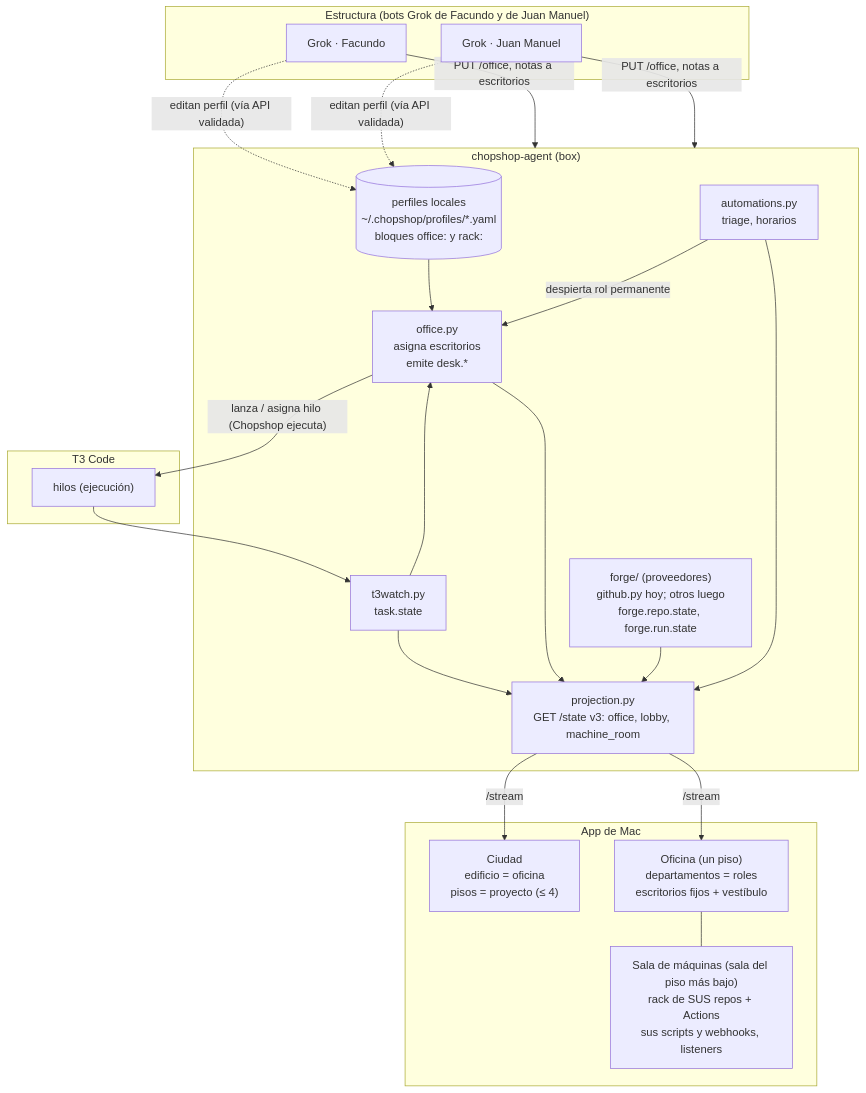
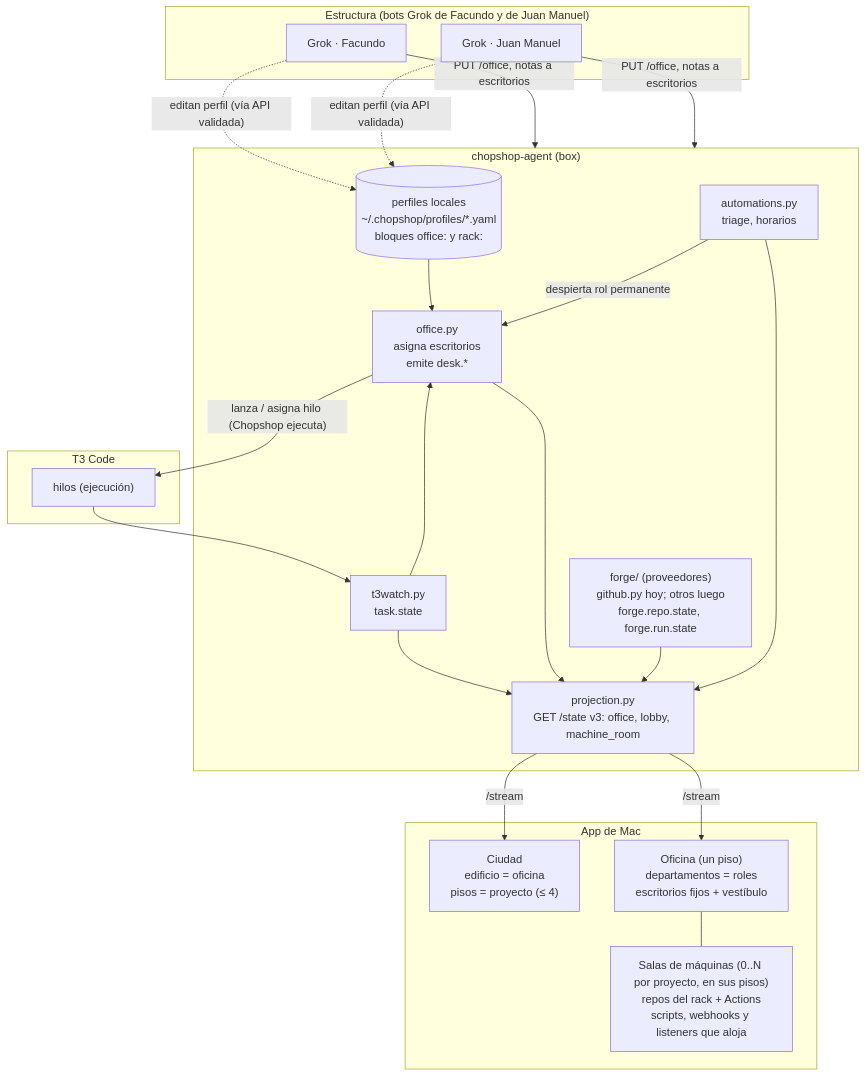
The diagram in docs/plans/office-redesign.md (Facundo-Barbera/chopshop), drawn with Mermaid before and after one commit. The commit also changed other lines of this file and 36 other files, not shown here.

````diff
--- a/docs/plans/office-redesign.md
+++ b/docs/plans/office-redesign.md
@@ -20,32 +20,32 @@
 ```mermaid
 flowchart TB
   subgraph BOTS["Estructura (bots Grok de Facundo y de Juan Manuel)"]
     G1["Grok · Facundo"]
     G2["Grok · Juan Manuel"]
   end
   subgraph AGENT["chopshop-agent (box)"]
     PROF[("perfiles locales<br/>~/.chopshop/profiles/*.yaml<br/>bloques office: y rack:")]
     OFF["office.py<br/>asigna escritorios<br/>emite desk.*"]
     T3W["t3watch.py<br/>task.state"]
     FORGE["forge/ (proveedores)<br/>github.py hoy; otros luego<br/>forge.repo.state, forge.run.state"]
     AUTO["automations.py<br/>triage, horarios"]
     PROJ["projection.py<br/>GET /state v3: office, lobby, machine_room"]
   end
   subgraph T3["T3 Code"]
     TH["hilos (ejecución)"]
   end
   subgraph MAC["App de Mac"]
     CITY["Ciudad<br/>edificio = oficina<br/>pisos = proyecto (≤ 4)"]
     OFFICE["Oficina (un piso)<br/>departamentos = roles<br/>escritorios fijos + vestíbulo"]
-    MR["Sala de máquinas (sala del piso más bajo)<br/>rack de SUS repos + Actions<br/>sus scripts y webhooks, listeners"]
+    MR["Salas de máquinas (0..N por proyecto, en sus pisos)<br/>repos del rack + Actions<br/>scripts, webhooks y listeners que aloja"]
     OFFICE --- MR
   end
   G1 & G2 -- "PUT /office, notas a escritorios" --> AGENT
   G1 & G2 -. "editan perfil (vía API validada)" .-> PROF
   PROF --> OFF
   AUTO -- "despierta rol permanente" --> OFF
   OFF -- "lanza / asigna hilo (Chopshop ejecuta)" --> TH
   TH --> T3W --> OFF
   T3W & OFF & FORGE & AUTO --> PROJ
   PROJ -- "/stream" --> CITY & OFFICE
 ```
````
